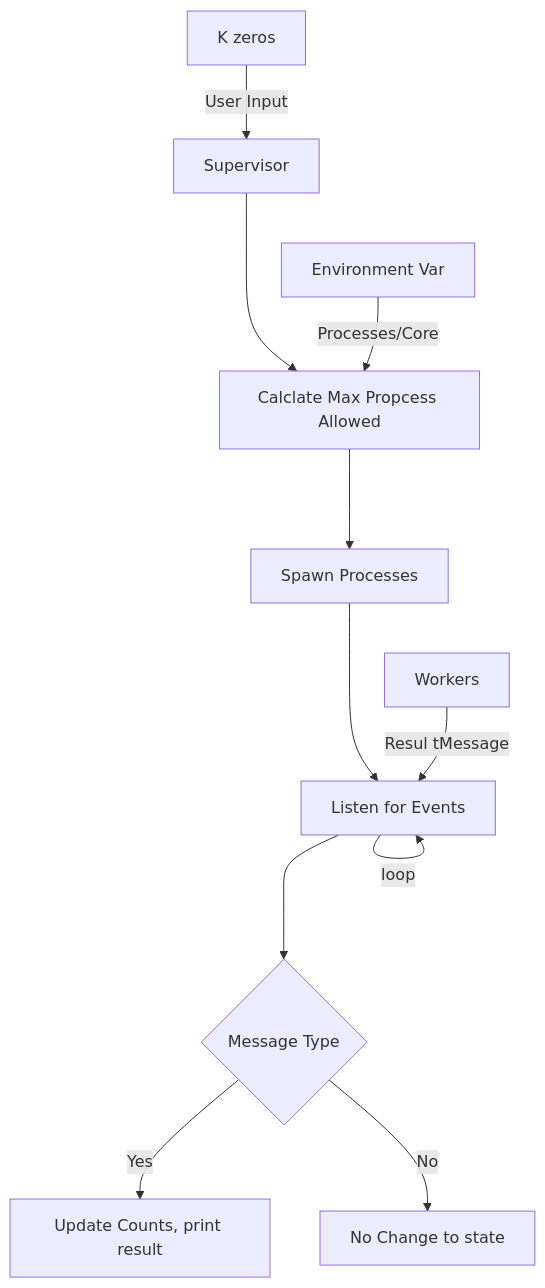
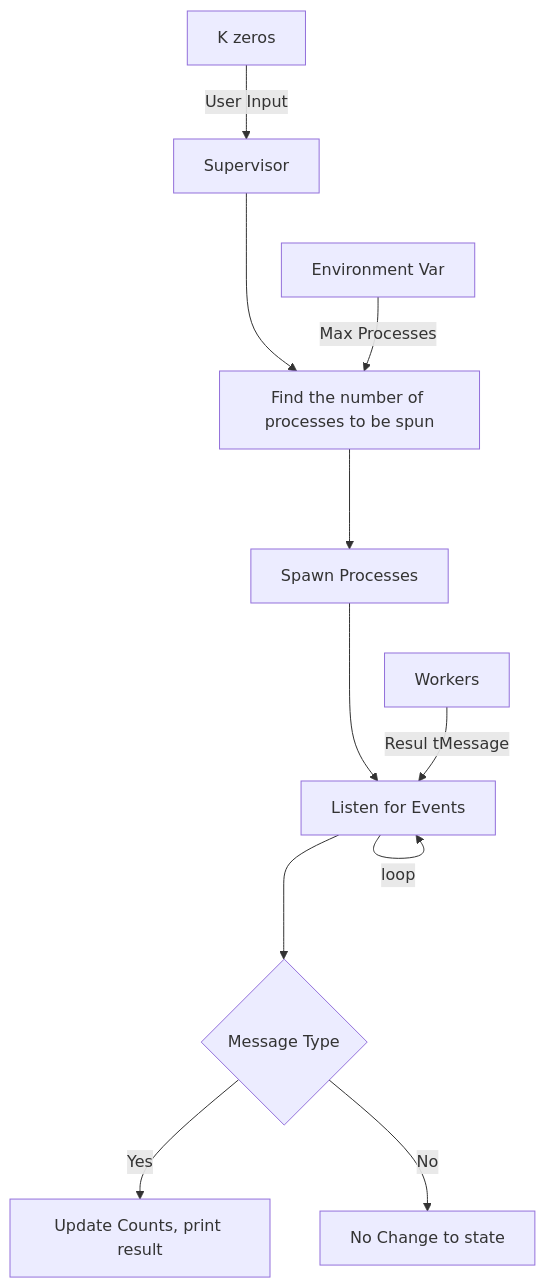
The second of 3 diagrams in Readme.md (GANES1998/Bitcoin-Miner), drawn with Mermaid before and after one commit. The commit also changed other lines of this file and 2 other files, not shown here.

Commit message:
Architecture changed to receive Max Processes as input.

````diff
--- a/Readme.md
+++ b/Readme.md
@@ -37,13 +37,13 @@
 ```mermaid
 graph TB;
     A[K zeros] --User Input--> B[Supervisor];
-    B ---> C[Calclate Max Propcess Allowed];
-    D[Environment Var] --Processes/Core--> C;
+    B ---> C[Find the number of processes to be spun];
+    D[Environment Var] --Max Processes--> C;
     C ---> E[Spawn Processes];
     E ---> F[Listen for Events];
     F --loop--> F;
     H[Workers] --Resul tMessage--> F; 
     F ---> I{Message Type};
     I -->|Yes| J[Update Counts, print result];
     I -->|No| K[No Change to state]
 ```
````
